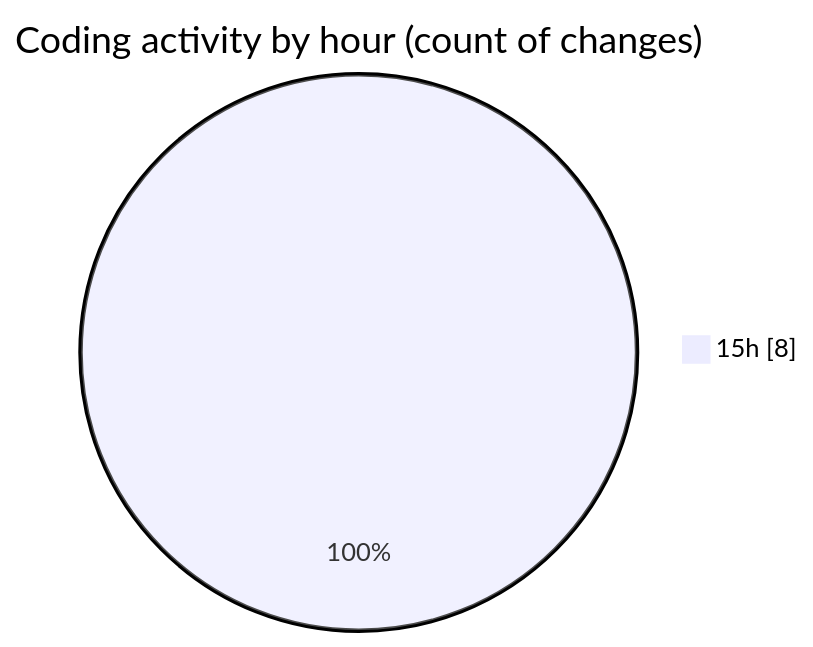
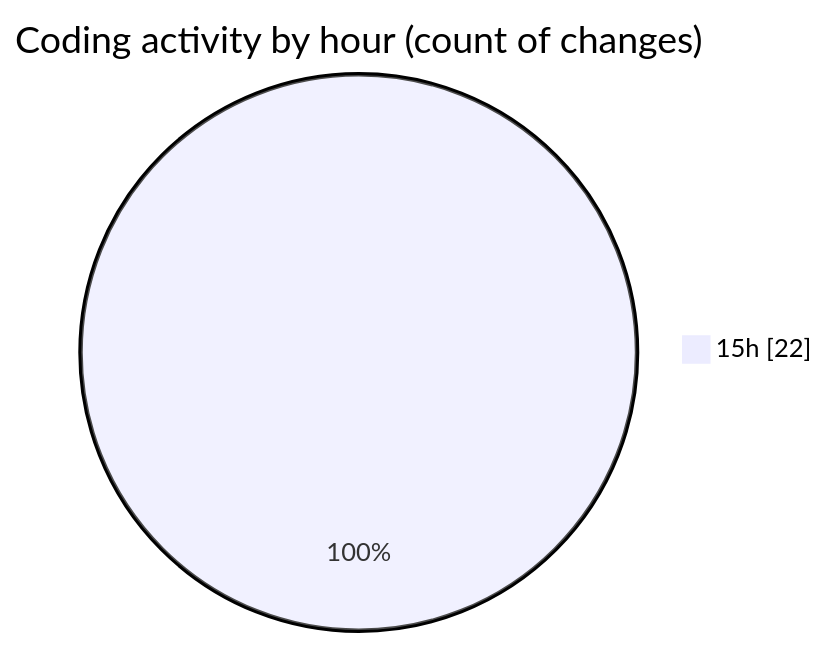
Before and after one commit to Netris89/code-tracking: the second of 2 diagrams in 2025-10-26/skintrack/README.md, drawn with Mermaid. The commit also changed other lines of this file and 1 other file, not shown here.

````diff
--- a/2025-10-26/skintrack/README.md
+++ b/2025-10-26/skintrack/README.md
@@ -28,5 +29,5 @@
 ```mermaid
 pie showData
 title Coding activity by hour (count of changes)
-"15h" : 8
+"15h" : 22
 ```
````
